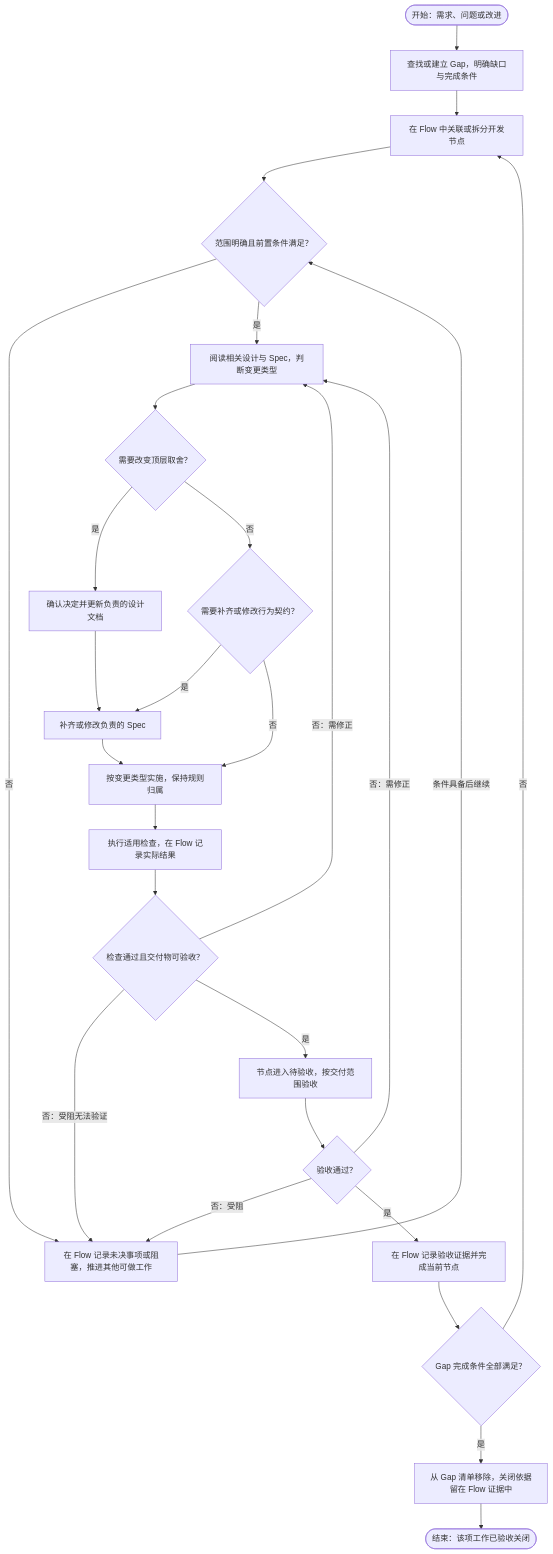
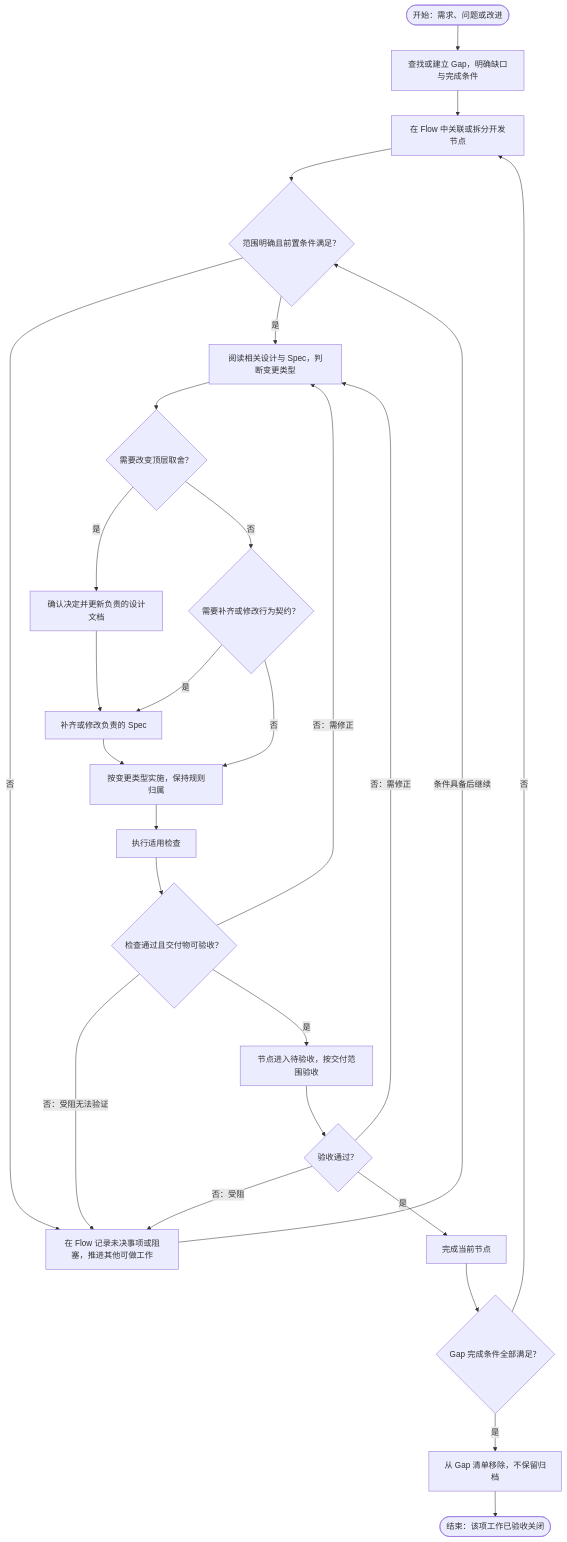
Before and after one commit to Boatjoey/super-agent: the diagram in docs/development.md, drawn with Mermaid. The commit also changed other lines of this file and 5 other files, not shown here.

````diff
--- a/docs/development.md
+++ b/docs/development.md
@@ -9,29 +9,29 @@
 ```mermaid
 flowchart TD
     start([开始：需求、问题或改进]) --> gap[查找或建立 Gap，明确缺口与完成条件]
     gap --> node[在 Flow 中关联或拆分开发节点]
     node --> ready{范围明确且前置条件满足？}
     ready -->|否| wait[在 Flow 记录未决事项或阻塞，推进其他可做工作]
     wait -->|条件具备后继续| ready
     ready -->|是| classify[阅读相关设计与 Spec，判断变更类型]
     classify --> decision{需要改变顶层取舍？}
     decision -->|是| confirm[确认决定并更新负责的设计文档]
     confirm --> spec[补齐或修改负责的 Spec]
     decision -->|否| contract{需要补齐或修改行为契约？}
     contract -->|是| spec
     contract -->|否| implement[按变更类型实施，保持规则归属]
     spec --> implement
-    implement --> verify[执行适用检查，在 Flow 记录实际结果]
+    implement --> verify[执行适用检查]
     verify --> passed{检查通过且交付物可验收？}
     passed -->|否：需修正| classify
     passed -->|否：受阻无法验证| wait
     passed -->|是| review[节点进入待验收，按交付范围验收]
     review --> accepted{验收通过？}
     accepted -->|否：需修正| classify
     accepted -->|否：受阻| wait
-    accepted -->|是| done[在 Flow 记录验收证据并完成当前节点]
+    accepted -->|是| done[完成当前节点]
     done --> complete{Gap 完成条件全部满足？}
     complete -->|否| node
-    complete -->|是| close[从 Gap 清单移除，关闭依据留在 Flow 证据中]
+    complete -->|是| close[从 Gap 清单移除，不保留归档]
     close --> finish([结束：该项工作已验收关闭])
 ```
````
